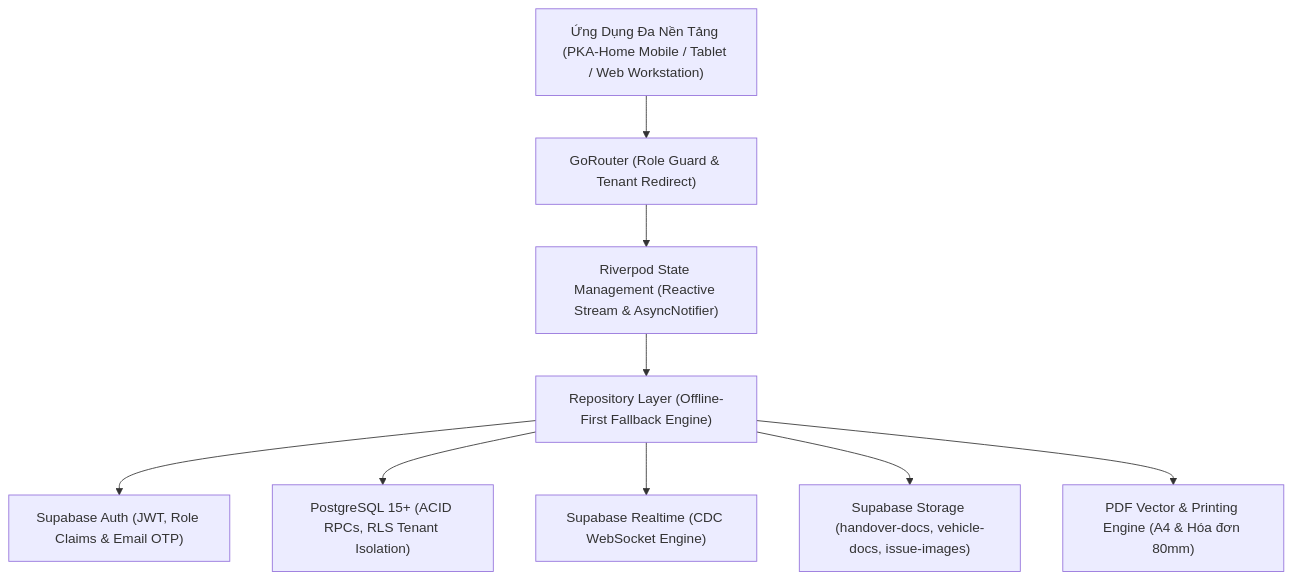
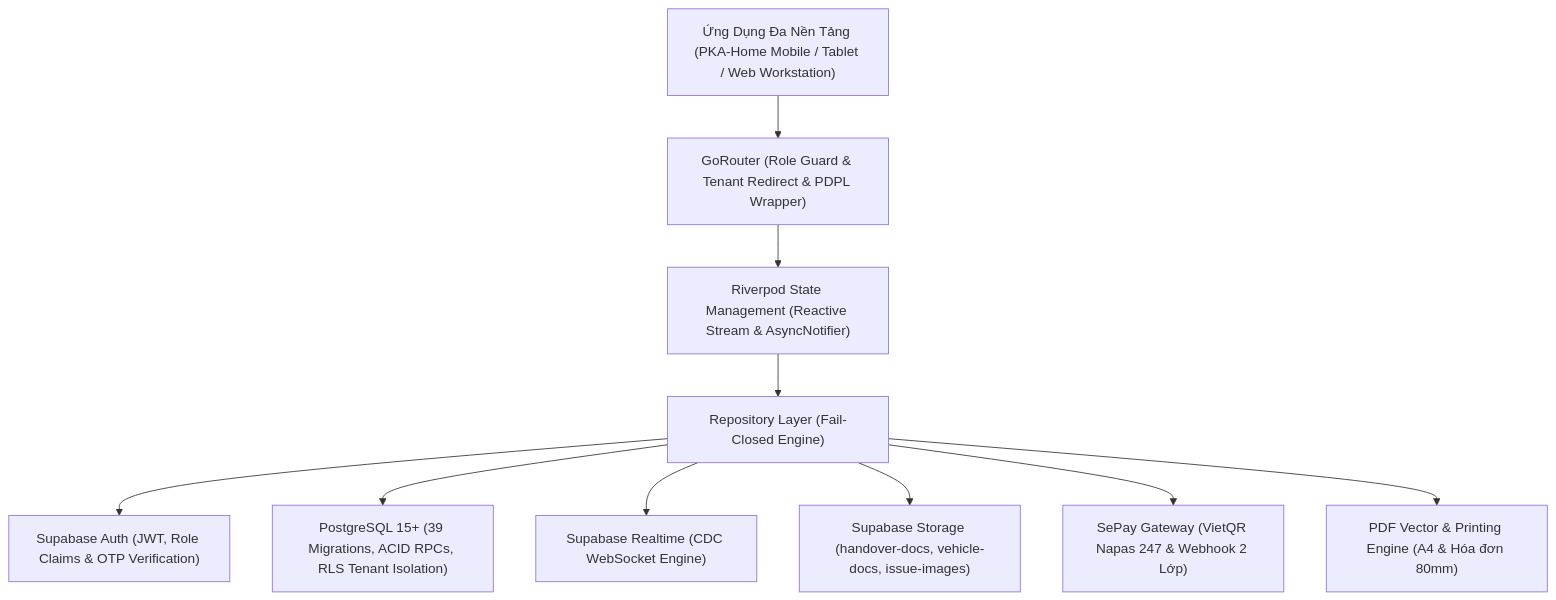
Before and after one commit to PVM-05/PKA-Home: the diagram in README.md, drawn with Mermaid. The commit also changed other lines of this file and 2 other files, not shown here.

````diff
--- a/README.md
+++ b/README.md
@@ -40,22 +43,24 @@
 ```mermaid
 graph TD
     Client["Ứng Dụng Đa Nền Tảng (PKA-Home Mobile / Tablet / Web Workstation)"]
-    Router["GoRouter (Role Guard & Tenant Redirect)"]
+    Router["GoRouter (Role Guard & Tenant Redirect & PDPL Wrapper)"]
     State["Riverpod State Management (Reactive Stream & AsyncNotifier)"]
-    Repo["Repository Layer (Offline-First Fallback Engine)"]
+    Repo["Repository Layer (Fail-Closed Engine)"]
 
-    SubAuth["Supabase Auth (JWT, Role Claims & Email OTP)"]
-    SubDB["PostgreSQL 15+ (ACID RPCs, RLS Tenant Isolation)"]
+    SubAuth["Supabase Auth (JWT, Role Claims & OTP Verification)"]
+    SubDB["PostgreSQL 15+ (39 Migrations, ACID RPCs, RLS Tenant Isolation)"]
     SubRT["Supabase Realtime (CDC WebSocket Engine)"]
     SubStorage["Supabase Storage (handover-docs, vehicle-docs, issue-images)"]
+    SePay["SePay Gateway (VietQR Napas 247 & Webhook 2 Lớp)"]
     PdfEngine["PDF Vector & Printing Engine (A4 & Hóa đơn 80mm)"]
 
     Client --> Router
     Router --> State
     State --> Repo
     Repo --> SubAuth
     Repo --> SubDB
     Repo --> SubRT
     Repo --> SubStorage
+    Repo --> SePay
     Repo --> PdfEngine
 ```
````
